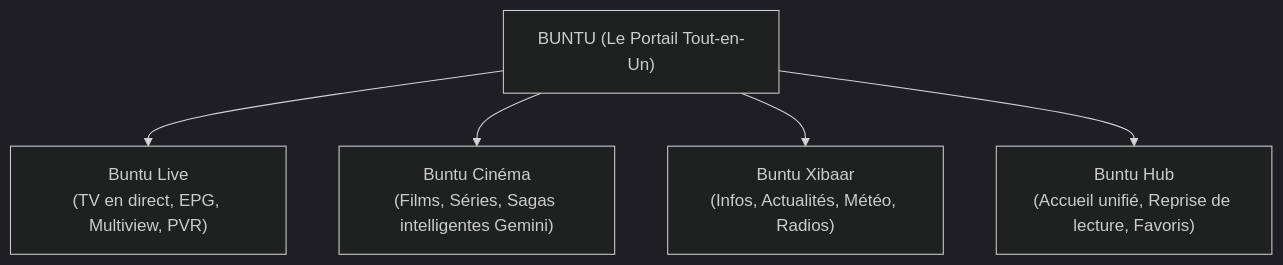
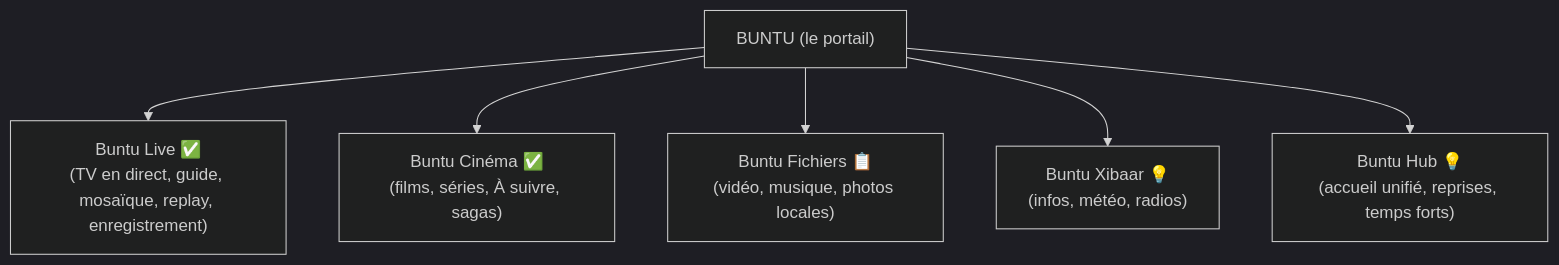
Before and after one commit to coundia/buntu: the diagram in docs/BRANDING_BUNTU.md, drawn with Mermaid (dark theme). The commit also changed other lines of this file and 24 other files, not shown here.

````diff
--- a/docs/BRANDING_BUNTU.md
+++ b/docs/BRANDING_BUNTU.md
@@ -94,9 +157,10 @@
 ```mermaid
 flowchart TD
-    BUNTU["BUNTU (Le Portail Tout-en-Un)"]
-    
-    BUNTU --> LIVE["Buntu Live<br/>(TV en direct, EPG, Multiview, PVR)"]
-    BUNTU --> VOD["Buntu Cinéma<br/>(Films, Séries, Sagas intelligentes Gemini)"]
-    BUNTU --> NEWS["Buntu Xibaar<br/>(Infos, Actualités, Météo, Radios)"]
-    BUNTU --> HUB["Buntu Hub<br/>(Accueil unifié, Reprise de lecture, Favoris)"]
+    BUNTU["BUNTU (le portail)"]
+
+    BUNTU --> LIVE["Buntu Live ✅<br/>(TV en direct, guide, mosaïque, replay, enregistrement)"]
+    BUNTU --> VOD["Buntu Cinéma ✅<br/>(films, séries, À suivre, sagas)"]
+    BUNTU --> FILES["Buntu Fichiers 📋<br/>(vidéo, musique, photos locales)"]
+    BUNTU --> NEWS["Buntu Xibaar 💡<br/>(infos, météo, radios)"]
+    BUNTU --> HUB["Buntu Hub 💡<br/>(accueil unifié, reprises, temps forts)"]
 ```
````
